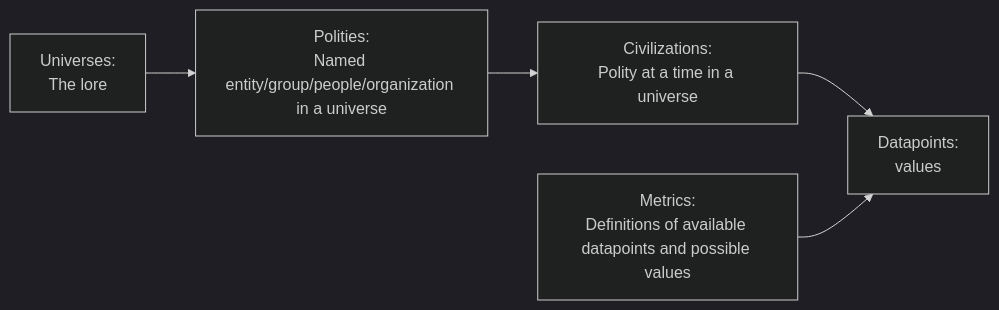
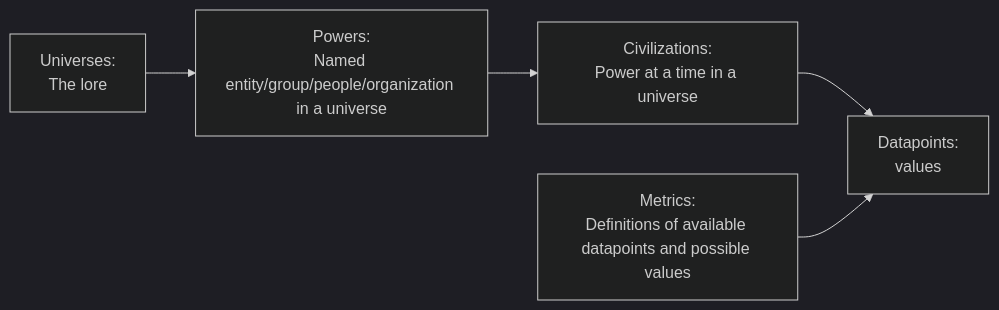
The first of 2 diagrams in CLAUDE.md (wolfspelz/futr), drawn with Mermaid (dark theme) before and after one commit. The commit also changed other lines of this file and 63 other files, not shown here.

Commit message:
rename Polity to Power: code, _powers folders, power: yaml key, docs

````diff
--- a/CLAUDE.md
+++ b/CLAUDE.md
@@ -38,13 +38,13 @@
 ```mermaid
 graph LR
     UNIVERSE["Universes:<br/>The lore"]
-    POLITY["Polities:<br/>Named entity/group/people/organization in a universe"]
-    CIVILIZATION["Civilizations:<br/>Polity at a time in a universe"]
+    POWER["Powers:<br/>Named entity/group/people/organization in a universe"]
+    CIVILIZATION["Civilizations:<br/>Power at a time in a universe"]
     METRIC["Metrics:<br/>Definitions of available datapoints and possible values"]
     DATAPOINT["Datapoints:<br/>values"]
 
-    UNIVERSE --> POLITY
-    POLITY --> CIVILIZATION
+    UNIVERSE --> POWER
+    POWER --> CIVILIZATION
     CIVILIZATION --> DATAPOINT
     METRIC --> DATAPOINT
 ```
````
